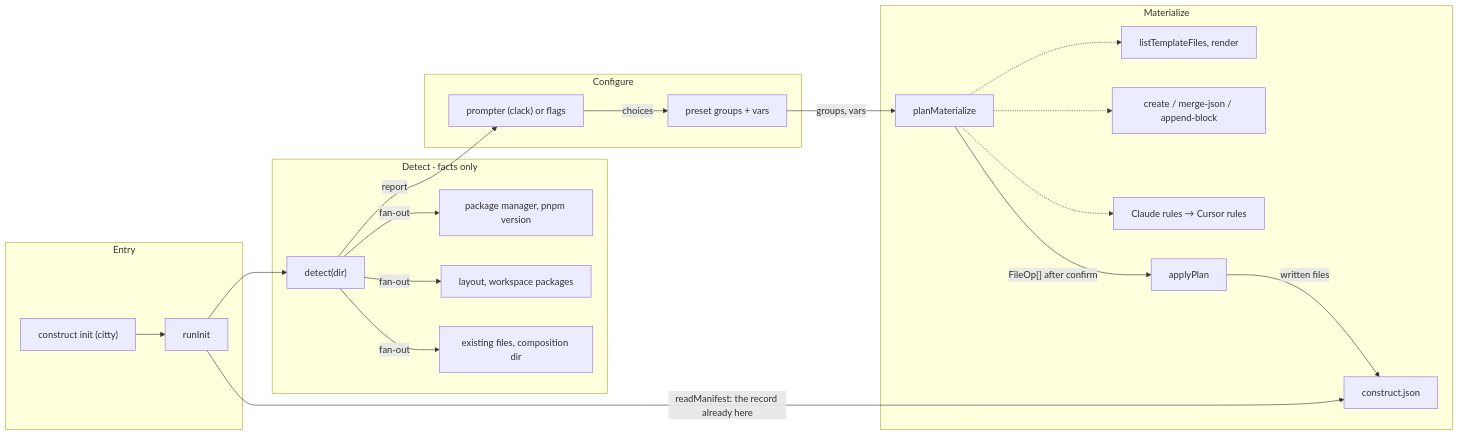
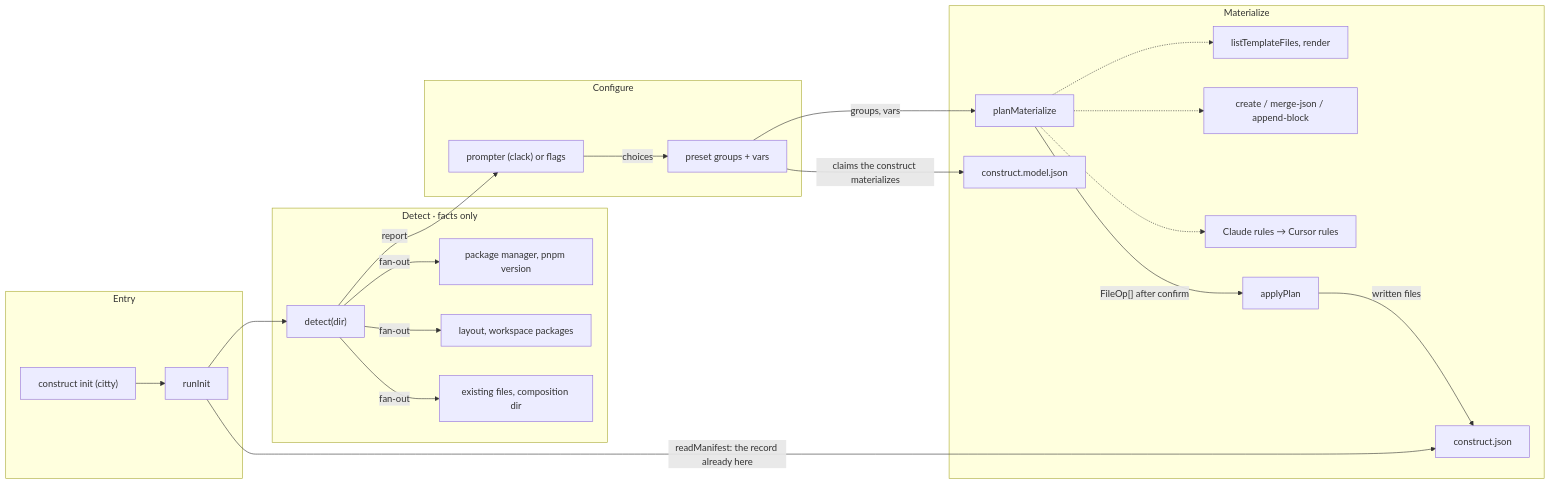
Before and after one commit to E1i/mikoshi-construct: the diagram in architecture/init.md, drawn with Mermaid. The commit also changed 7 other files, not shown here.

````diff
--- a/architecture/init.md
+++ b/architecture/init.md
@@ -10,39 +10,41 @@
 ```mermaid
 flowchart LR
   subgraph b_entry["Entry"]
     cli["construct init (citty)"]
     run["runInit"]
   end
   subgraph b_detect["Detect · facts only"]
     detect["detect(dir)"]
     pm["package manager, pnpm version"]
     layout["layout, workspace packages"]
     existing["existing files, composition dir"]
   end
   subgraph b_configure["Configure"]
     prompts["prompter (clack) or flags"]
     preset["preset groups + vars"]
   end
   subgraph b_materialize["Materialize"]
     plan["planMaterialize"]
     templates["listTemplateFiles, render"]
     strategies["create / merge-json / append-block"]
     rules["Claude rules → Cursor rules"]
     apply["applyPlan"]
     manifest["construct.json"]
+    model["construct.model.json"]
   end
   cli --> run
   run --> detect
   detect -->|"fan-out"| pm
   detect -->|"fan-out"| layout
   detect -->|"fan-out"| existing
   detect -->|"report"| prompts
   prompts -->|"choices"| preset
   preset -->|"groups, vars"| plan
   plan -.-> templates
   plan -.-> strategies
   plan -.-> rules
   plan -->|"FileOp[] after confirm"| apply
   run -->|"readManifest: the record already here"| manifest
   apply -->|"written files"| manifest
+  preset -->|"claims the construct materializes"| model
 ```
````
